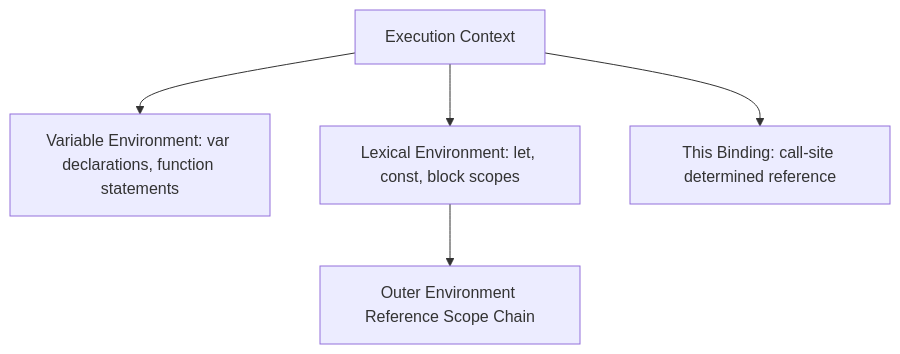
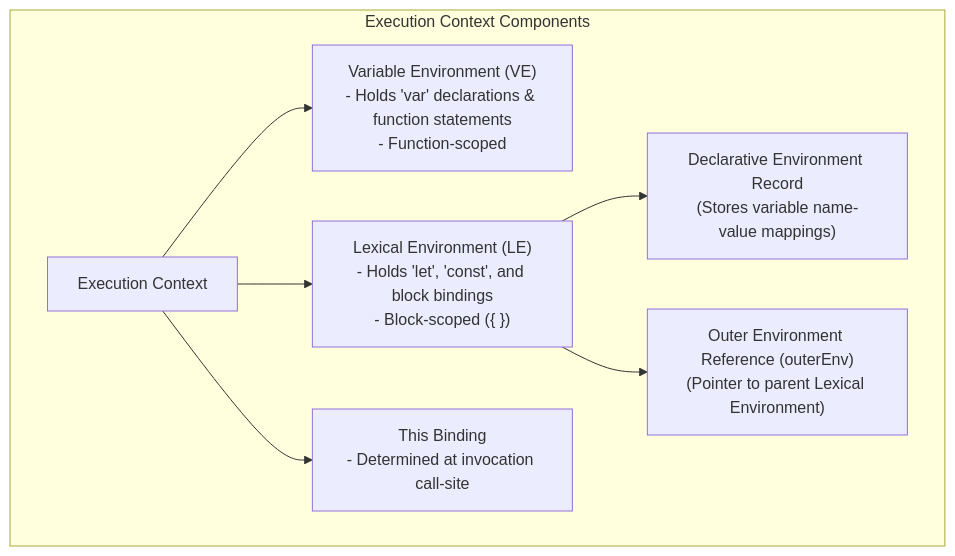
The first of 4 diagrams in js-internals/04-execution-context.md (Amie-dev/engineering-playbook), drawn with Mermaid before and after one commit. The commit also changed other lines of this file and 17 other files, not shown here.

````diff
--- a/js-internals/04-execution-context.md
+++ b/js-internals/04-execution-context.md
@@ -12,7 +15,11 @@
 ```mermaid
 graph TD
-    EC[Execution Context] --> VE[Variable Environment: var declarations, function statements]
-    EC --> LE[Lexical Environment: let, const, block scopes]
-    EC --> TB[This Binding: call-site determined reference]
-    LE --> OuterEnv[Outer Environment Reference Scope Chain]
+    subgraph Execution Context Components
+        EC[Execution Context] --> VE["Variable Environment (VE)<br/>- Holds 'var' declarations & function statements<br/>- Function-scoped"]
+        EC --> LE["Lexical Environment (LE)<br/>- Holds 'let', 'const', and block bindings<br/>- Block-scoped ({ })"]
+        EC --> TB["This Binding<br/>- Determined at invocation call-site"]
+
+        LE --> EnvRec["Declarative Environment Record<br/>(Stores variable name-value mappings)"]
+        LE --> OuterRef["Outer Environment Reference (outerEnv)<br/>(Pointer to parent Lexical Environment)"]
+    end
 ```
````
